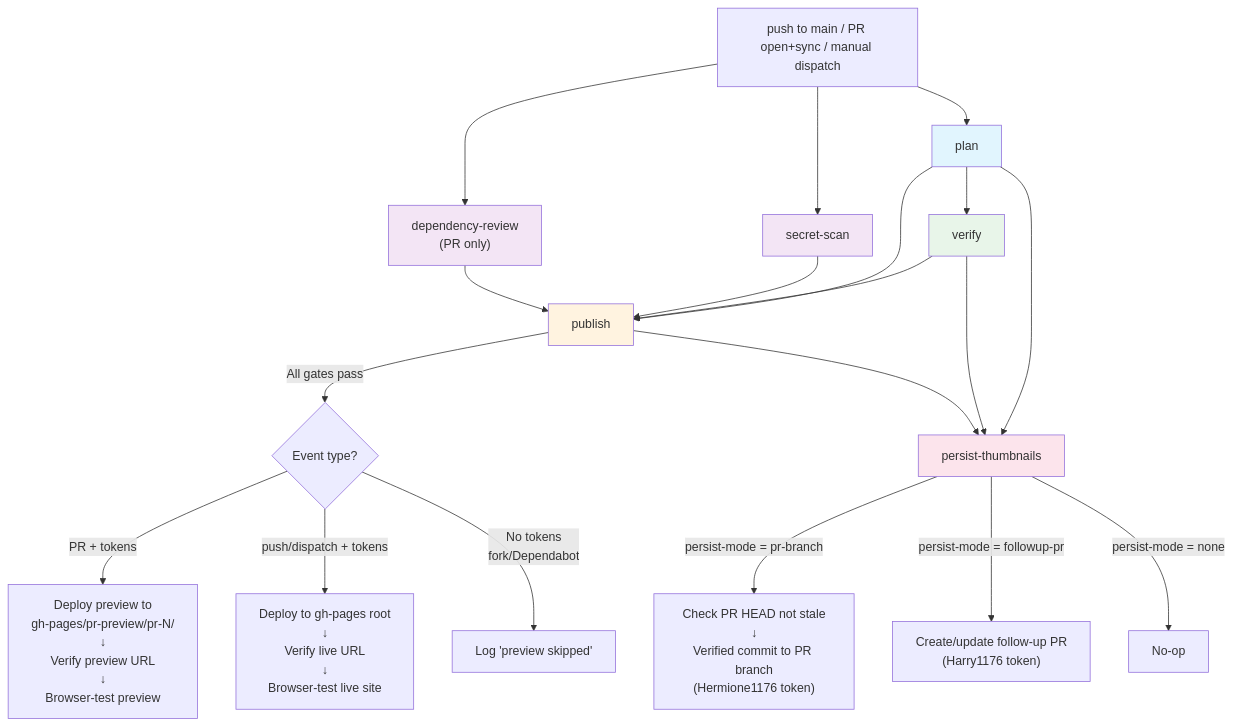
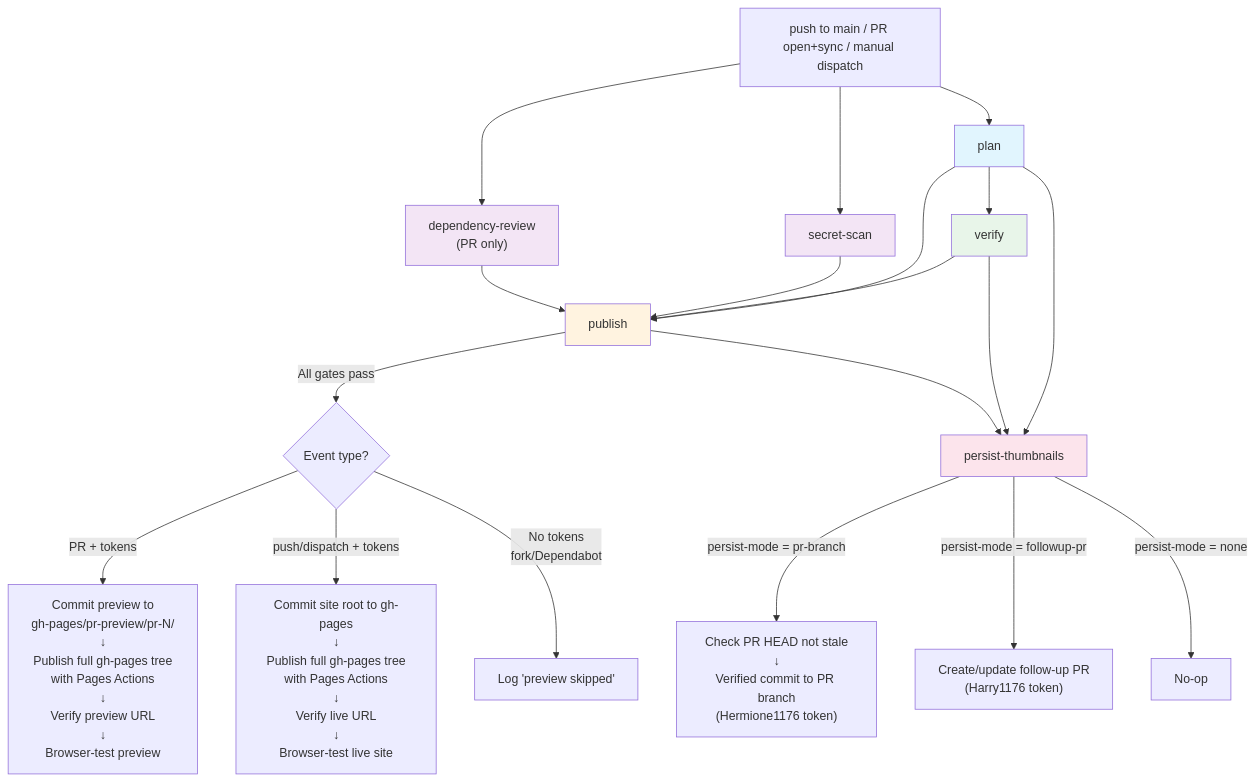
The first of 4 diagrams in docs/architecture.md (Hermione-Granger-1176/artifacts), drawn with Mermaid before and after one commit. The commit also changed other lines of this file and 11 other files, not shown here.

First line of the commit message:
Publish Pages deploys explicitly with official actions

````diff
--- a/docs/architecture.md
+++ b/docs/architecture.md
@@ -84,36 +84,36 @@
 ```mermaid
 graph TD
     trigger["push to main / PR open+sync / manual dispatch"]
 
     trigger --> plan
     trigger --> secret_scan["secret-scan"]
     trigger --> dep_review["dependency-review<br/>(PR only)"]
 
     plan --> verify
     plan --> publish
     verify --> publish
 
     publish -->|"All gates pass"| publish_decision{Event type?}
 
-    publish_decision -->|PR + tokens| pr_deploy["Deploy preview to<br/>gh-pages/pr-preview/pr-N/<br/>↓<br/>Verify preview URL<br/>↓<br/>Browser-test preview"]
-    publish_decision -->|push/dispatch + tokens| main_deploy["Deploy to gh-pages root<br/>↓<br/>Verify live URL<br/>↓<br/>Browser-test live site"]
+    publish_decision -->|PR + tokens| pr_deploy["Commit preview to<br/>gh-pages/pr-preview/pr-N/<br/>↓<br/>Publish full gh-pages tree<br/>with Pages Actions<br/>↓<br/>Verify preview URL<br/>↓<br/>Browser-test preview"]
+    publish_decision -->|push/dispatch + tokens| main_deploy["Commit site root to gh-pages<br/>↓<br/>Publish full gh-pages tree<br/>with Pages Actions<br/>↓<br/>Verify live URL<br/>↓<br/>Browser-test live site"]
     publish_decision -->|No tokens<br/>fork/Dependabot| skip["Log 'preview skipped'"]
 
     plan --> persist["persist-thumbnails"]
     verify --> persist
     publish --> persist
 
     persist -->|"persist-mode = pr-branch"| pr_write["Check PR HEAD not stale<br/>↓<br/>Verified commit to PR branch<br/>(Hermione1176 token)"]
     persist -->|"persist-mode = followup-pr"| followup["Create/update follow-up PR<br/>(Harry1176 token)"]
     persist -->|"persist-mode = none"| noop["No-op"]
 
     secret_scan --> publish
     dep_review --> publish
 
     style plan fill:#e1f5fe
     style verify fill:#e8f5e9
     style publish fill:#fff3e0
     style persist fill:#fce4ec
     style secret_scan fill:#f3e5f5
     style dep_review fill:#f3e5f5
 ```
````
